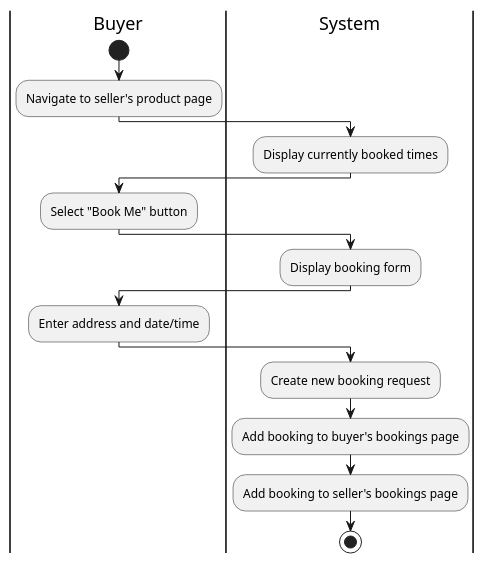
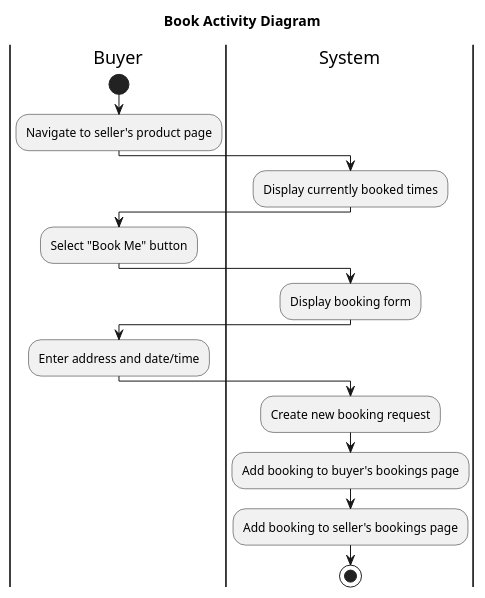
The diagram in 3_BookActivity.puml (micahbaumann/CS-5800-Project-Micah-UML), drawn with PlantUML before and after one commit. The commit also changed 17 other files, not shown here.

```diff
--- a/3_BookActivity.puml
+++ b/3_BookActivity.puml
@@ -1,27 +1,28 @@
 @startuml
 'https://plantuml.com/activity-diagram-beta
+title Book Activity Diagram
 
 |Buyer|
 start
 :Navigate to seller's product page;
 
 |System|
 :Display currently booked times;
 
 |Buyer|
 :Select "Book Me" button;
 
 |System|
 :Display booking form;
 
 |Buyer|
 :Enter address and date/time;
 
 |System|
 :Create new booking request;
 :Add booking to buyer's bookings page;
 :Add booking to seller's bookings page;
 
 stop
 
 @enduml
```
